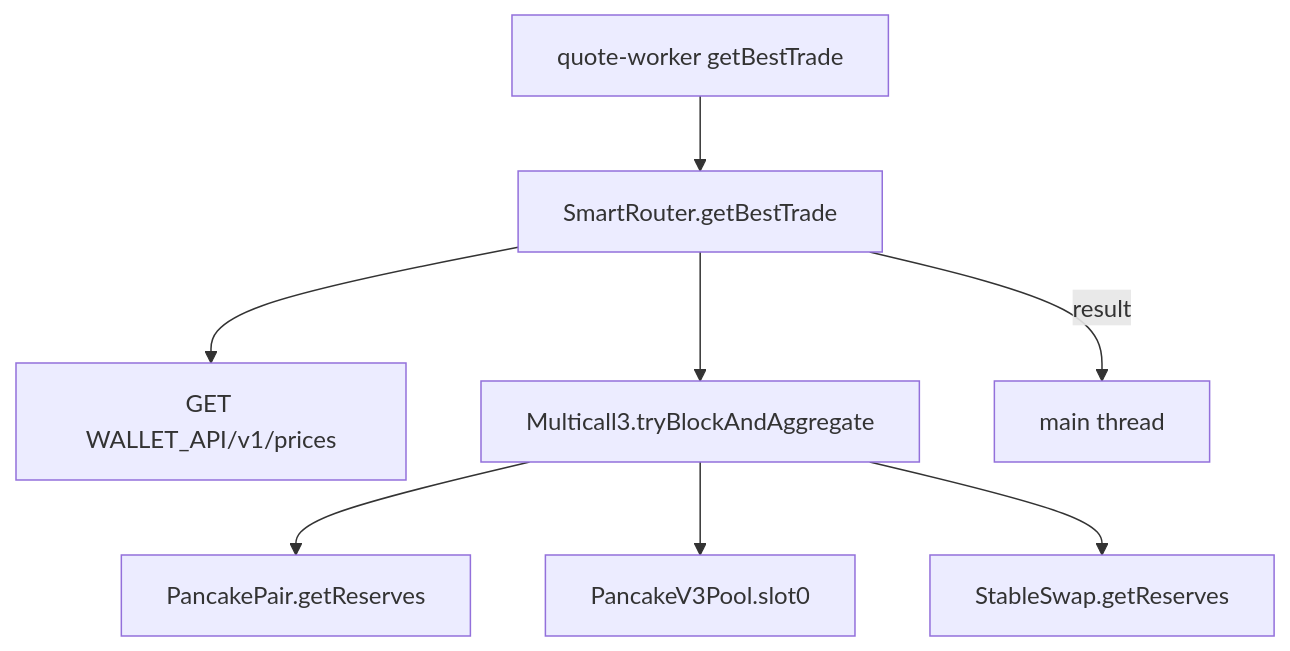
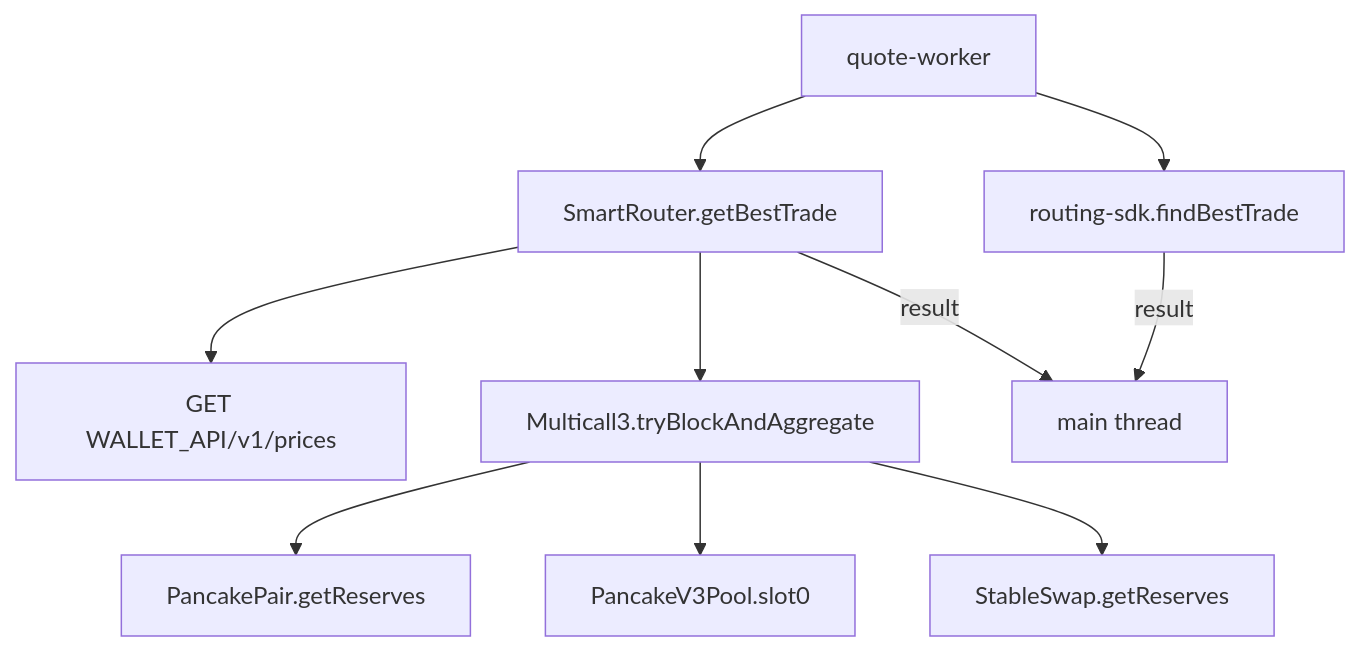
One commit to chef-ryan/pancake-frontend changed the second of 3 diagrams in apps/web/src/quoter/viz.md. Above: the diagram before and after it, drawn with Mermaid. The commit also changed other lines of this file, not shown here.

Commit message:
update viz

````diff
--- a/apps/web/src/quoter/viz.md
+++ b/apps/web/src/quoter/viz.md
@@ -54,11 +48,15 @@
 ```mermaid
 flowchart TD
-    QW[quote-worker getBestTrade]
+    QW[quote-worker]
     QW --> SR2[SmartRouter.getBestTrade]
+    QW --> RS2[routing-sdk.findBestTrade]
+
     SR2 --> WA2["GET WALLET_API/v1/prices"]
     SR2 --> M32["Multicall3.tryBlockAndAggregate"]
     M32 --> V22["PancakePair.getReserves"]
     M32 --> V32["PancakeV3Pool.slot0"]
     M32 --> ST2["StableSwap.getReserves"]
+
     SR2 -->|result| MAIN[main thread]
+    RS2 -->|result| MAIN
 ```
````
